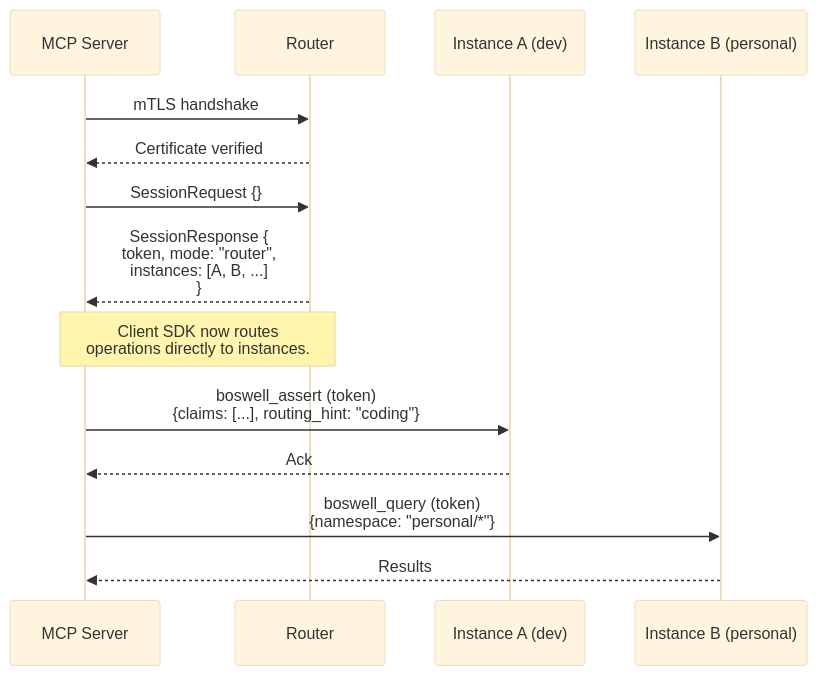
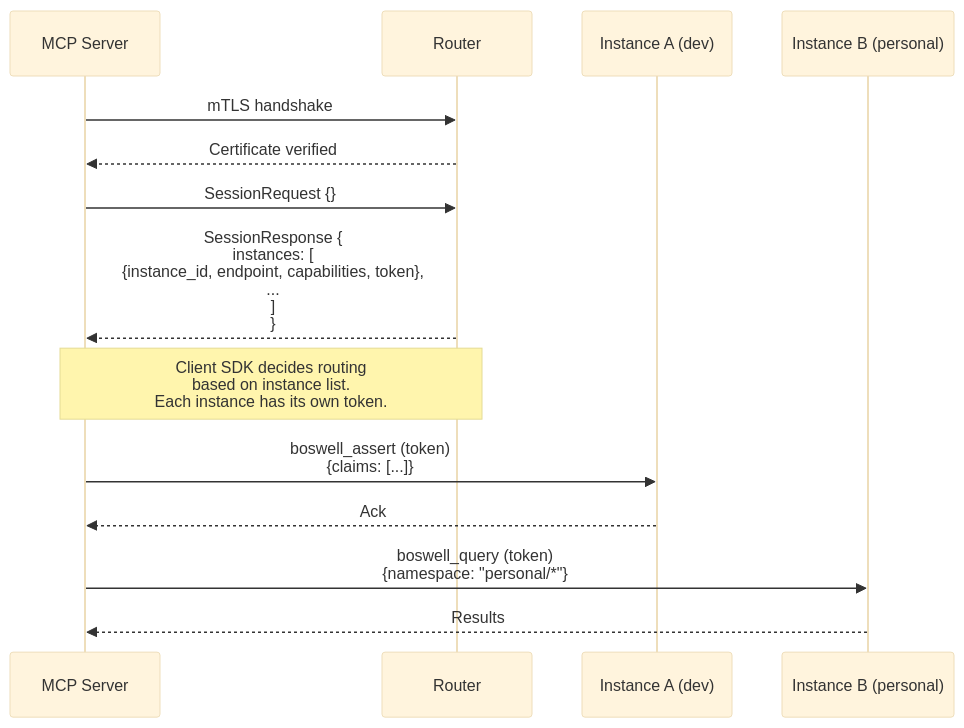
Before and after one commit to JDRay42/Boswell: diagram 14 of 15 in docs/architecture/01-architecture.md, drawn with Mermaid (base theme). The commit also changed other lines of this file and 1 other file, not shown here.

First line of the commit message:
refactor(arch): Router always present, per-instance tokens, clarify security model

````diff
--- a/docs/architecture/01-architecture.md
+++ b/docs/architecture/01-architecture.md
@@ -663,21 +820,21 @@
 ```mermaid
 sequenceDiagram
     participant MCP as MCP Server
     participant Router
     participant A as Instance A (dev)
     participant B as Instance B (personal)
 
     MCP->>Router: mTLS handshake
     Router-->>MCP: Certificate verified
 
     MCP->>Router: SessionRequest {}
-    Router-->>MCP: SessionResponse {<br/>  token, mode: "router",<br/>  instances: [A, B, ...]<br/>}
+    Router-->>MCP: SessionResponse {<br/>  instances: [<br/>    {instance_id, endpoint, capabilities, token},<br/>    ...<br/>  ]<br/>}
 
-    Note over MCP,Router: Client SDK now routes<br/>operations directly to instances.
+    Note over MCP,Router: Client SDK decides routing<br/>based on instance list.<br/>Each instance has its own token.
 
-    MCP->>A: boswell_assert (token)<br/>{claims: [...], routing_hint: "coding"}
+    MCP->>A: boswell_assert (token)<br/>{claims: [...]}
     A-->>MCP: Ack
 
     MCP->>B: boswell_query (token)<br/>{namespace: "personal/*"}
     B-->>MCP: Results
 ```
````
